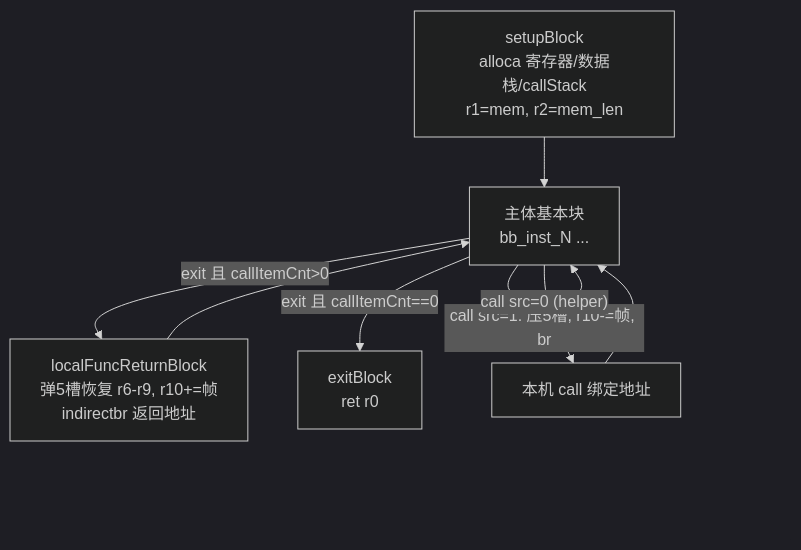
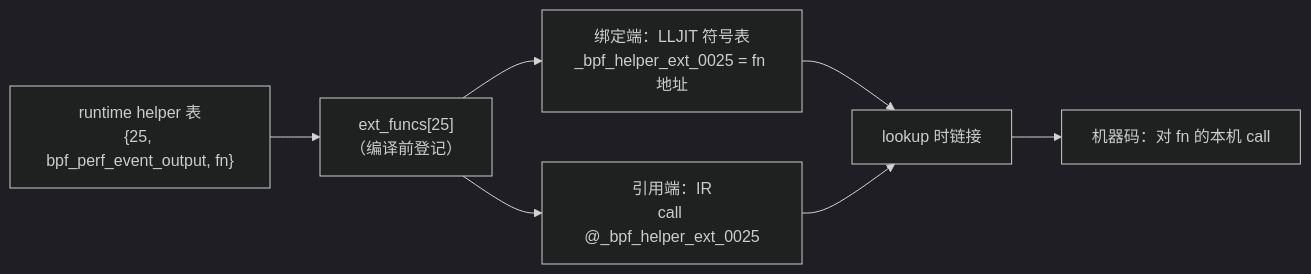
Before and after one commit to plsy1/bpftime-benchmark: the third of 3 diagrams in 05-vm-llvm-jit.md, drawn with Mermaid (dark theme). The commit also changed other lines of this file and 10 other files, not shown here.

````diff
--- a/05-vm-llvm-jit.md
+++ b/05-vm-llvm-jit.md
@@ -437,10 +311,9 @@
 ```mermaid
-graph TD
-    S["setupBlock<br/>alloca 寄存器/数据栈/callStack<br/>r1=mem, r2=mem_len"] --> M["主体基本块<br/>bb_inst_N ..."]
-    M -->|"call src=1: 压5槽, r10-=帧, br"| M
-    M -->|"exit 且 callItemCnt>0"| R["localFuncReturnBlock<br/>弹5槽恢复 r6-r9, r10+=帧<br/>indirectbr 返回地址"]
-    R --> M
-    M -->|"exit 且 callItemCnt==0"| E["exitBlock<br/>ret r0"]
-    M -->|"call src=0 (helper)"| H["本机 call 绑定地址"]
-    H --> M
+graph LR
+    H["runtime helper 表<br/>{25, bpf_perf_event_output, fn}"] --> E["ext_funcs[25]<br/>（编译前登记）"]
+    E --> B["绑定端：LLJIT 符号表<br/>_bpf_helper_ext_0025 = fn 地址"]
+    E --> R["引用端：IR<br/>call @_bpf_helper_ext_0025"]
+    B --> K["lookup 时链接"]
+    R --> K
+    K --> N["机器码：对 fn 的本机 call"]
 ```
````
